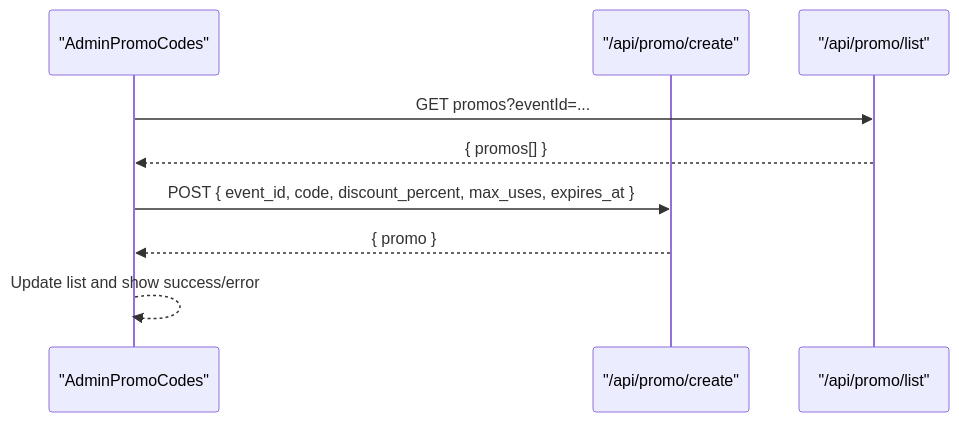
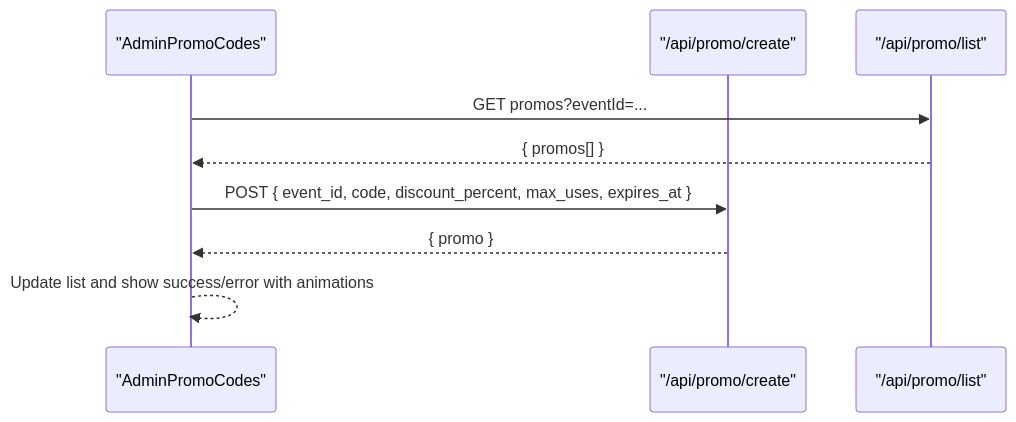
The seventh of 10 diagrams in .qoder/repowiki/en/content/Admin Dashboard/Admin Dashboard.md (ObeyMuchechesi/TicketFlow), drawn with Mermaid before and after one commit. The commit also changed other lines of this file and 12 other files, not shown here.

First line of the commit message:
docs: EcoCash schema columns and project documentation refresh

````diff
--- a/.qoder/repowiki/en/content/Admin Dashboard/Admin Dashboard.md
+++ b/.qoder/repowiki/en/content/Admin Dashboard/Admin Dashboard.md
@@ -275,11 +311,11 @@
 ```mermaid
 sequenceDiagram
 participant Page as "AdminPromoCodes"
 participant API as "/api/promo/create"
 participant ListAPI as "/api/promo/list"
 Page->>ListAPI : GET promos?eventId=...
 ListAPI-->>Page : { promos[] }
 Page->>API : POST { event_id, code, discount_percent, max_uses, expires_at }
 API-->>Page : { promo }
-Page-->>Page : Update list and show success/error
+Page-->>Page : Update list and show success/error with animations
 ```
````
